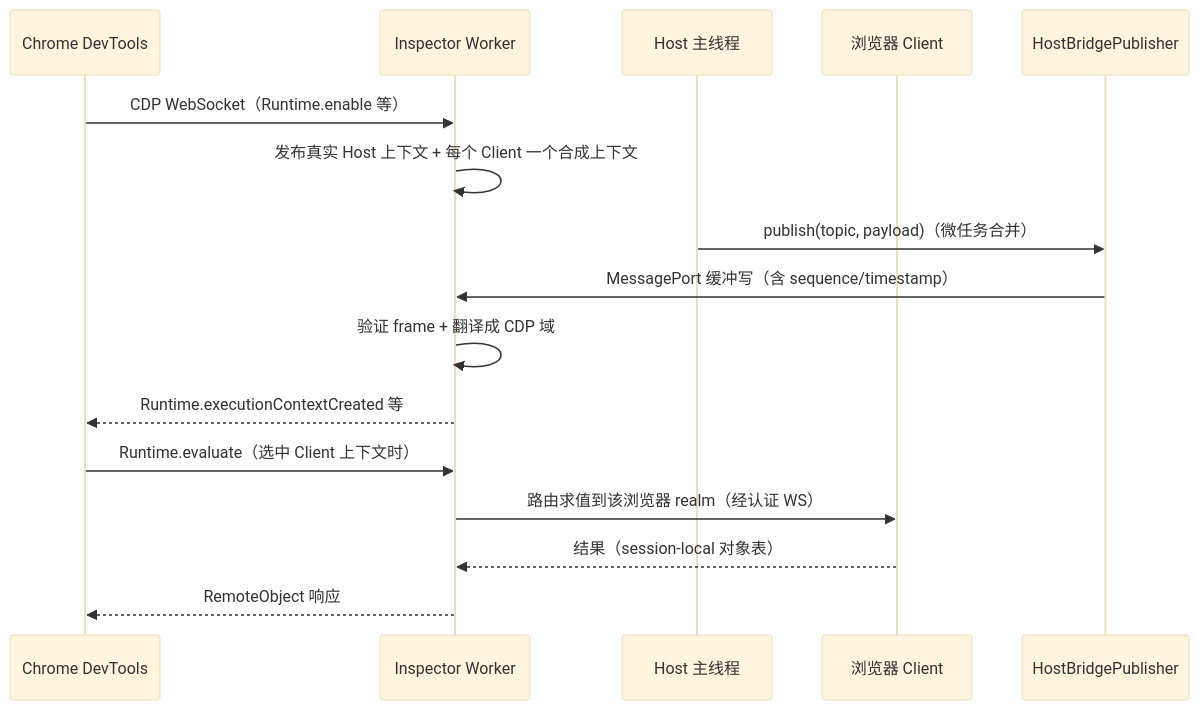
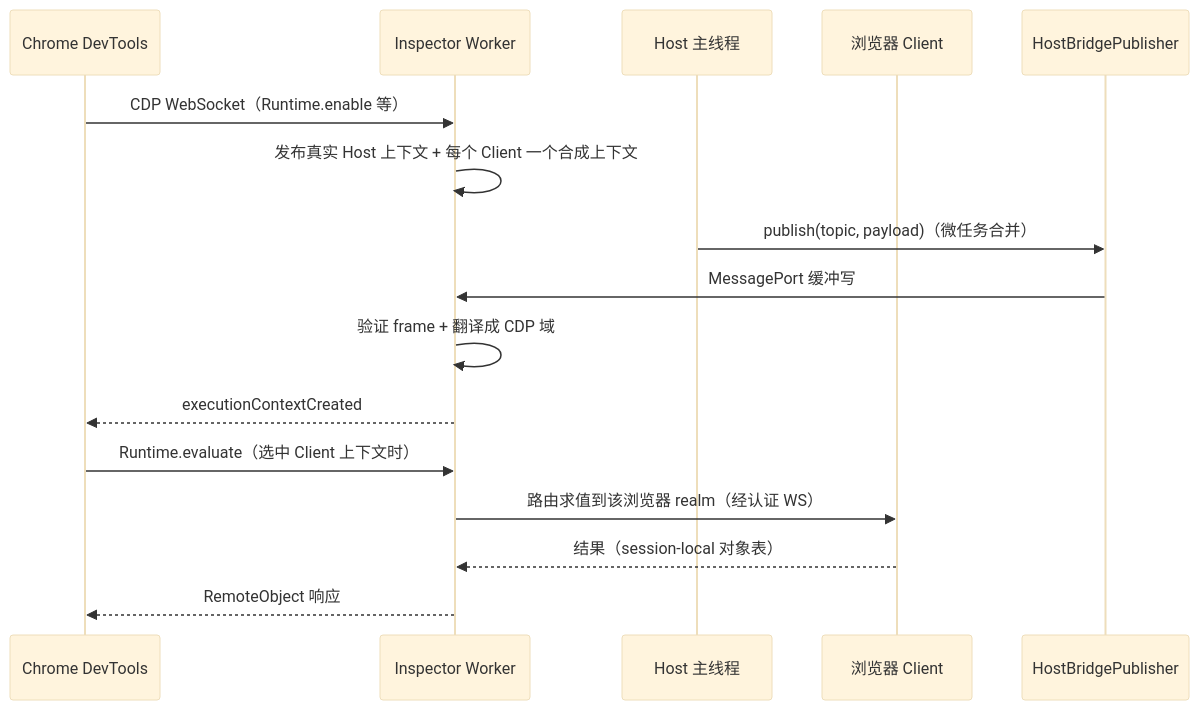
One commit to morehao/oss-insights changed the second of 2 diagrams in ai-agent/deepseek-harness/inspector.md. Above: the diagram before and after it, drawn with Mermaid (base theme). The commit also changed other lines of this file and 27 other files, not shown here.

````diff
--- a/ai-agent/deepseek-harness/inspector.md
+++ b/ai-agent/deepseek-harness/inspector.md
@@ -72,19 +72,19 @@
 ```mermaid
 sequenceDiagram
     participant DT as Chrome DevTools
     participant W as Inspector Worker
     participant H as Host 主线程
     participant C as 浏览器 Client
     participant PUB as HostBridgePublisher
 
     DT->>W: CDP WebSocket（Runtime.enable 等）
     W->>W: 发布真实 Host 上下文 + 每个 Client 一个合成上下文
     H->>PUB: publish(topic, payload)（微任务合并）
-    PUB->>W: MessagePort 缓冲写（含 sequence/timestamp）
+    PUB->>W: MessagePort 缓冲写
     W->>W: 验证 frame + 翻译成 CDP 域
-    W-->>DT: Runtime.executionContextCreated 等
+    W-->>DT: executionContextCreated
     DT->>W: Runtime.evaluate（选中 Client 上下文时）
     W->>C: 路由求值到该浏览器 realm（经认证 WS）
     C-->>W: 结果（session-local 对象表）
     W-->>DT: RemoteObject 响应
 ```
````
